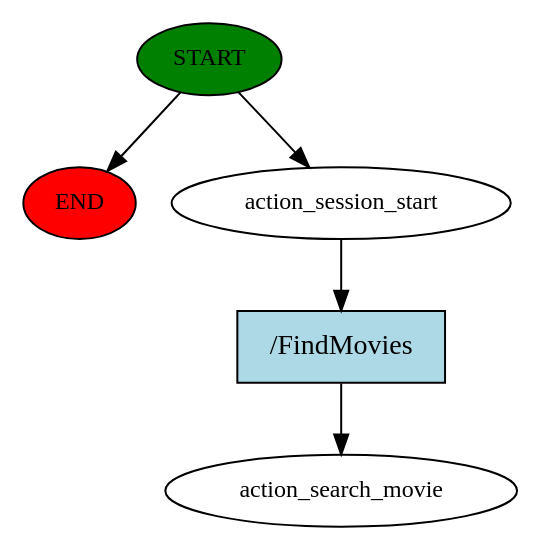
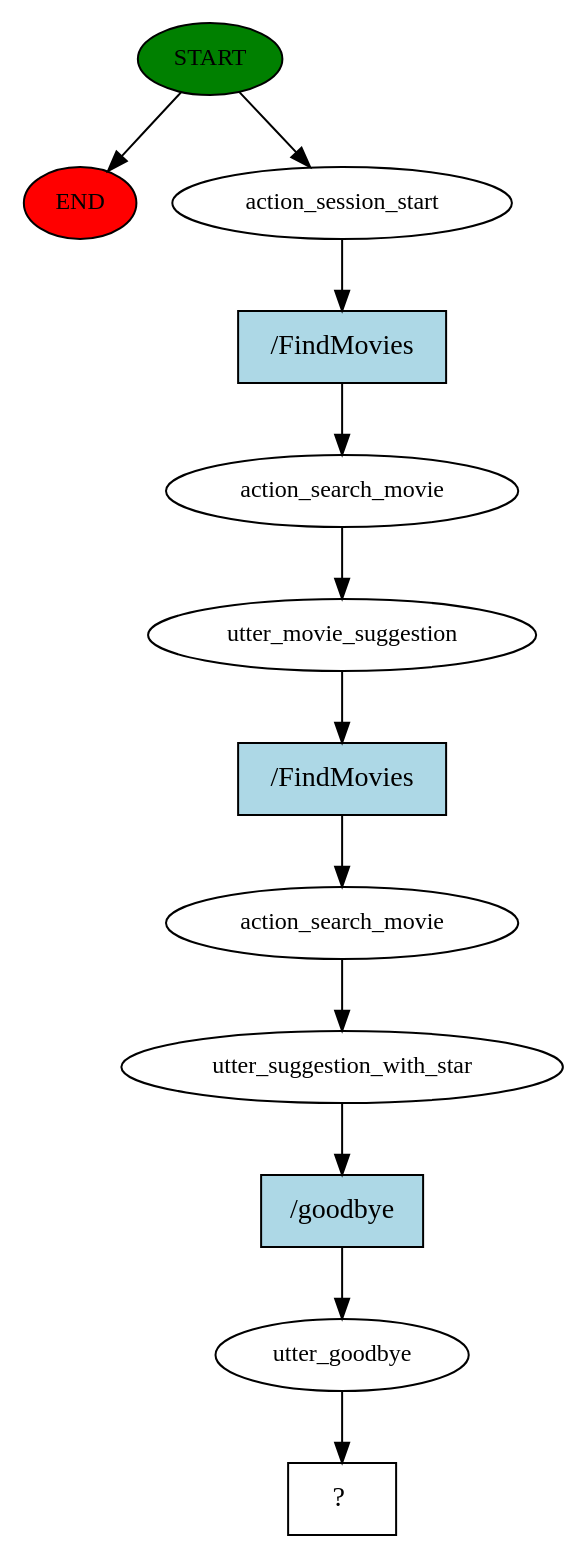
One commit to CymruLavis/movie_reccomendation_chatbot changed the diagram in story_graph.dot. Above: the diagram before and after it, drawn with Graphviz. The commit also changed 123 other files, not shown here.

```diff
--- a/story_graph.dot
+++ b/story_graph.dot
@@ -1,11 +1,25 @@
 digraph  {
 0 [class="start active", fillcolor=green, fontsize=12, label=START, style=filled];
 "-1" [class=end, fillcolor=red, fontsize=12, label=END, style=filled];
 1 [class=active, fontsize=12, label=action_session_start];
-2 [class="dashed active", fontsize=12, label=action_search_movie];
-3 [class="intent active", fillcolor=lightblue, label="/FindMovies", shape=rect, style=filled];
+2 [class=active, fontsize=12, label=action_search_movie];
+3 [class=active, fontsize=12, label=utter_movie_suggestion];
+4 [class=active, fontsize=12, label=action_search_movie];
+5 [class=active, fontsize=12, label=utter_suggestion_with_star];
+6 [class=active, fontsize=12, label=utter_goodbye];
+7 [class="intent dashed active", label="  ?  ", shape=rect];
+8 [class="intent active", fillcolor=lightblue, label="/FindMovies", shape=rect, style=filled];
+9 [class="intent active", fillcolor=lightblue, label="/FindMovies", shape=rect, style=filled];
+10 [class="intent active", fillcolor=lightblue, label="/goodbye", shape=rect, style=filled];
 0 -> "-1"  [class="", key=NONE, label=""];
 0 -> 1  [class=active, key=NONE, label=""];
-1 -> 3  [class=active, key=0];
-3 -> 2  [class=active, key=0];
+1 -> 8  [class=active, key=0];
+2 -> 3  [class=active, key=NONE, label=""];
+3 -> 9  [class=active, key=0];
+4 -> 5  [class=active, key=NONE, label=""];
+5 -> 10  [class=active, key=0];
+6 -> 7  [class=active, key=NONE, label=""];
+8 -> 2  [class=active, key=0];
+9 -> 4  [class=active, key=0];
+10 -> 6  [class=active, key=0];
 }
```
